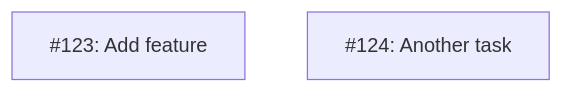
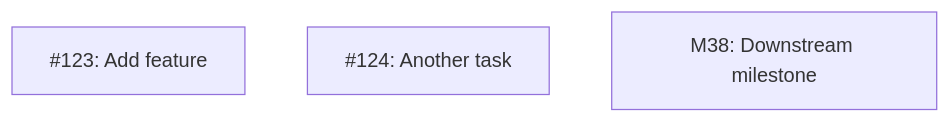
The second of 2 diagrams in .github/scripts/docs/MM10.md (tsukumogami/tsuku), drawn with Mermaid before and after one commit. The commit also changed other lines of this file and 1 other file, not shown here.

````diff
--- a/.github/scripts/docs/MM10.md
+++ b/.github/scripts/docs/MM10.md
@@ -30,5 +29,6 @@
 ```mermaid
 graph TD
     I123["#123: Add feature"]
     I124["#124: Another task"]
+    M38["M38: Downstream milestone"]
 ```
````
